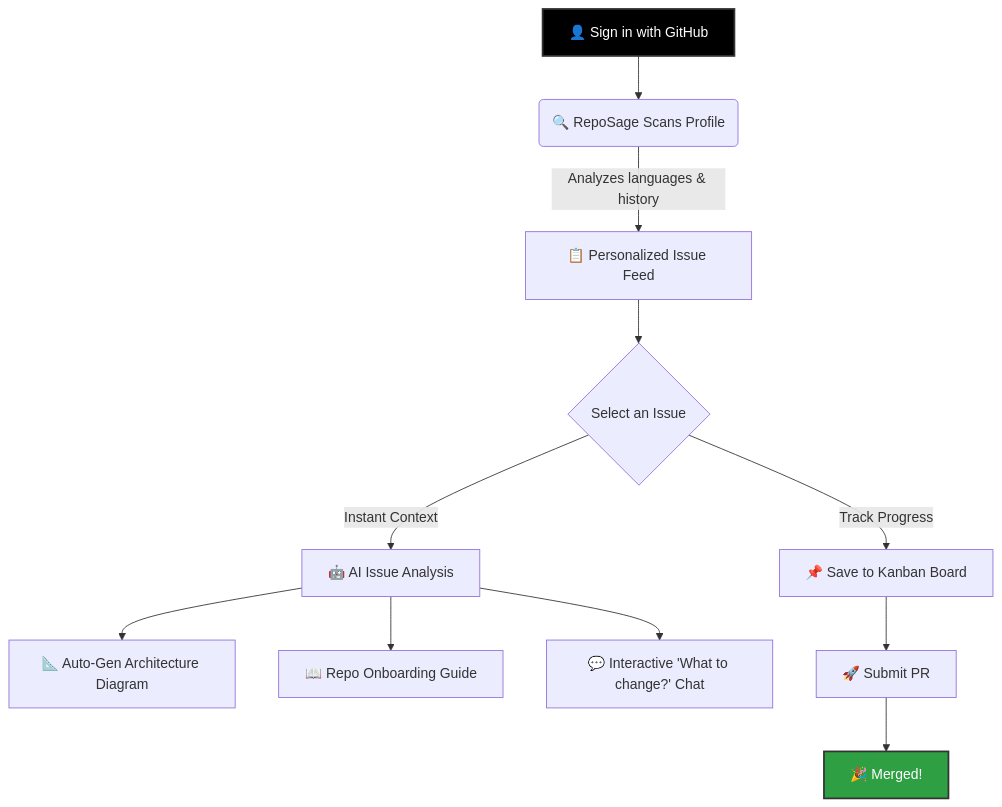
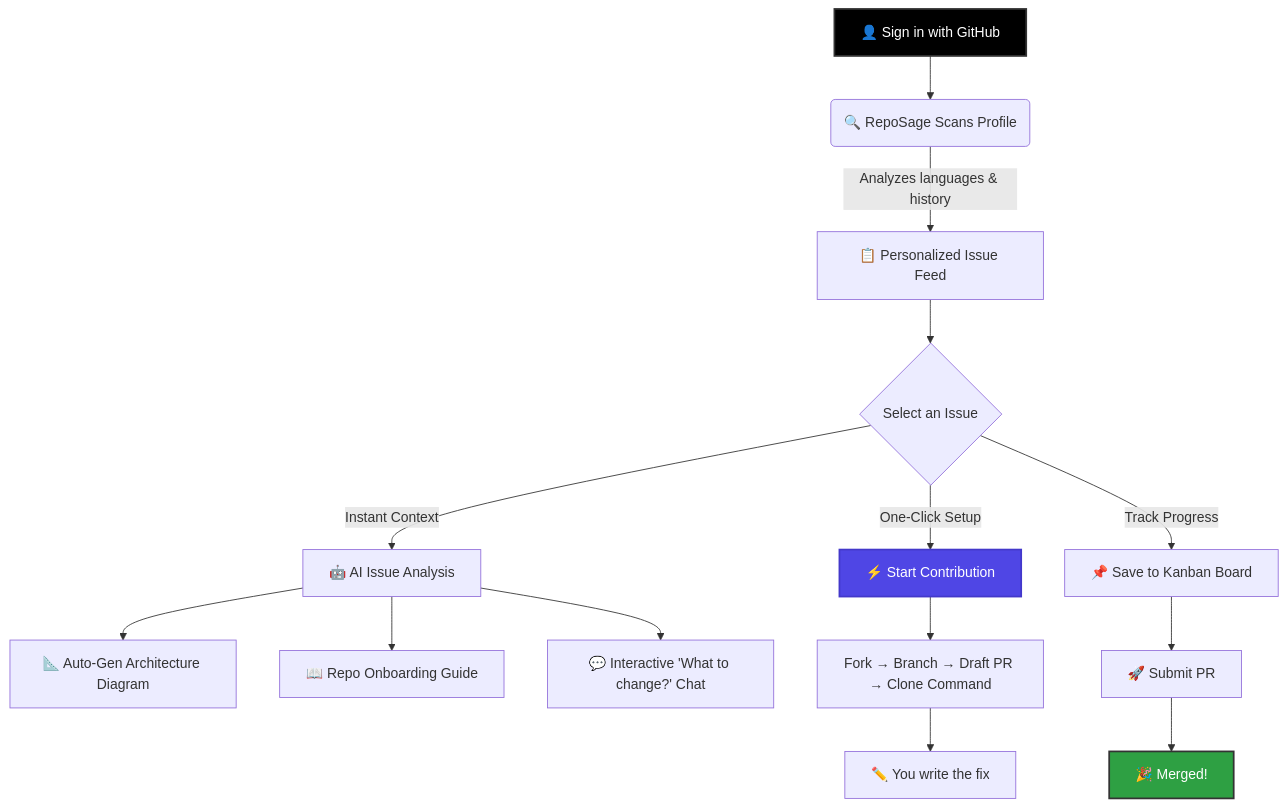
Before and after one commit to Sparkyyy45/Repo-Sage: the diagram in README.md, drawn with Mermaid. The commit also changed other lines of this file, not shown here.

Commit message:
Overhaul README with Start Contribution feature highlight and cleaner structure

````diff
--- a/README.md
+++ b/README.md
@@ -64,18 +93,23 @@
 ```mermaid
 flowchart TD
     A[👤 Sign in with GitHub] --> B(🔍 RepoSage Scans Profile);
     B -->|Analyzes languages & history| C[📋 Personalized Issue Feed];
     C --> D{Select an Issue};
     
     D -->|Instant Context| E[🤖 AI Issue Analysis];
     E --> F[📐 Auto-Gen Architecture Diagram];
     E --> G[📖 Repo Onboarding Guide];
     E --> H[💬 Interactive 'What to change?' Chat];
     
-    D -->|Track Progress| I[📌 Save to Kanban Board];
-    I --> J[🚀 Submit PR];
-    J --> K[🎉 Merged!];
+    D -->|One-Click Setup| I[⚡ Start Contribution];
+    I --> J[Fork → Branch → Draft PR → Clone Command];
+    J --> K[✏️ You write the fix];
+
+    D -->|Track Progress| L[📌 Save to Kanban Board];
+    L --> M[🚀 Submit PR];
+    M --> N[🎉 Merged!];
     
     style A fill:#000,color:#fff,stroke:#333,stroke-width:2px
-    style K fill:#2ea043,color:#fff,stroke:#333,stroke-width:2px
+    style N fill:#2ea043,color:#fff,stroke:#333,stroke-width:2px
+    style I fill:#4f46e5,color:#fff,stroke:#4338ca,stroke-width:2px
 ```
````
